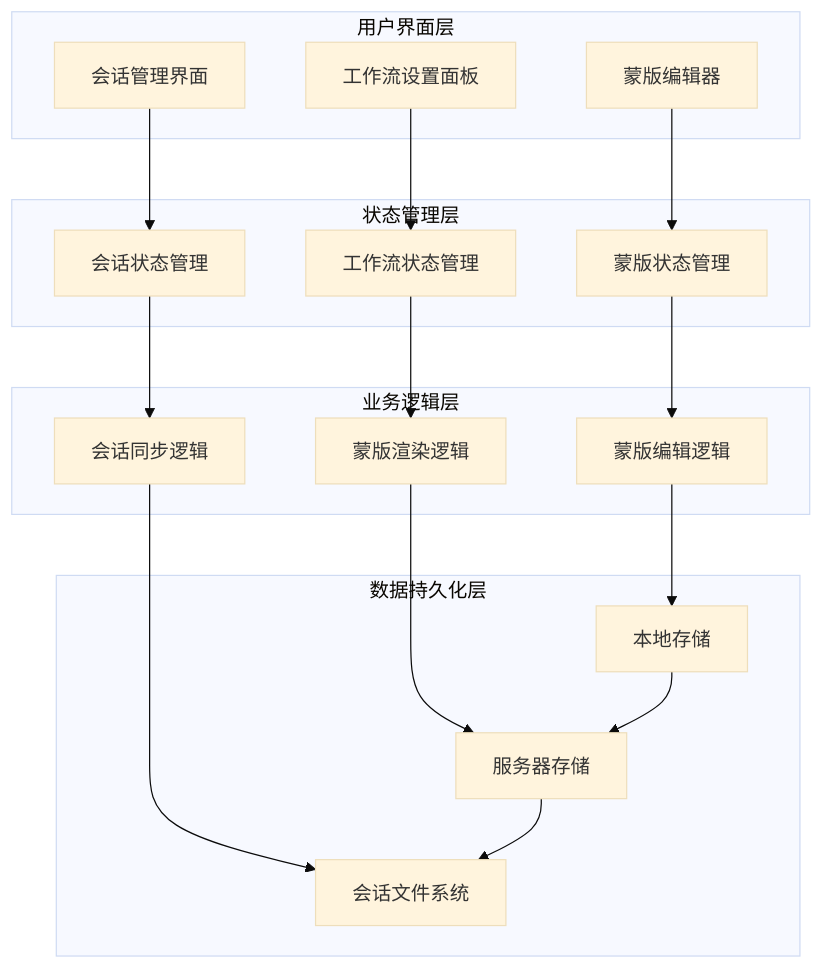
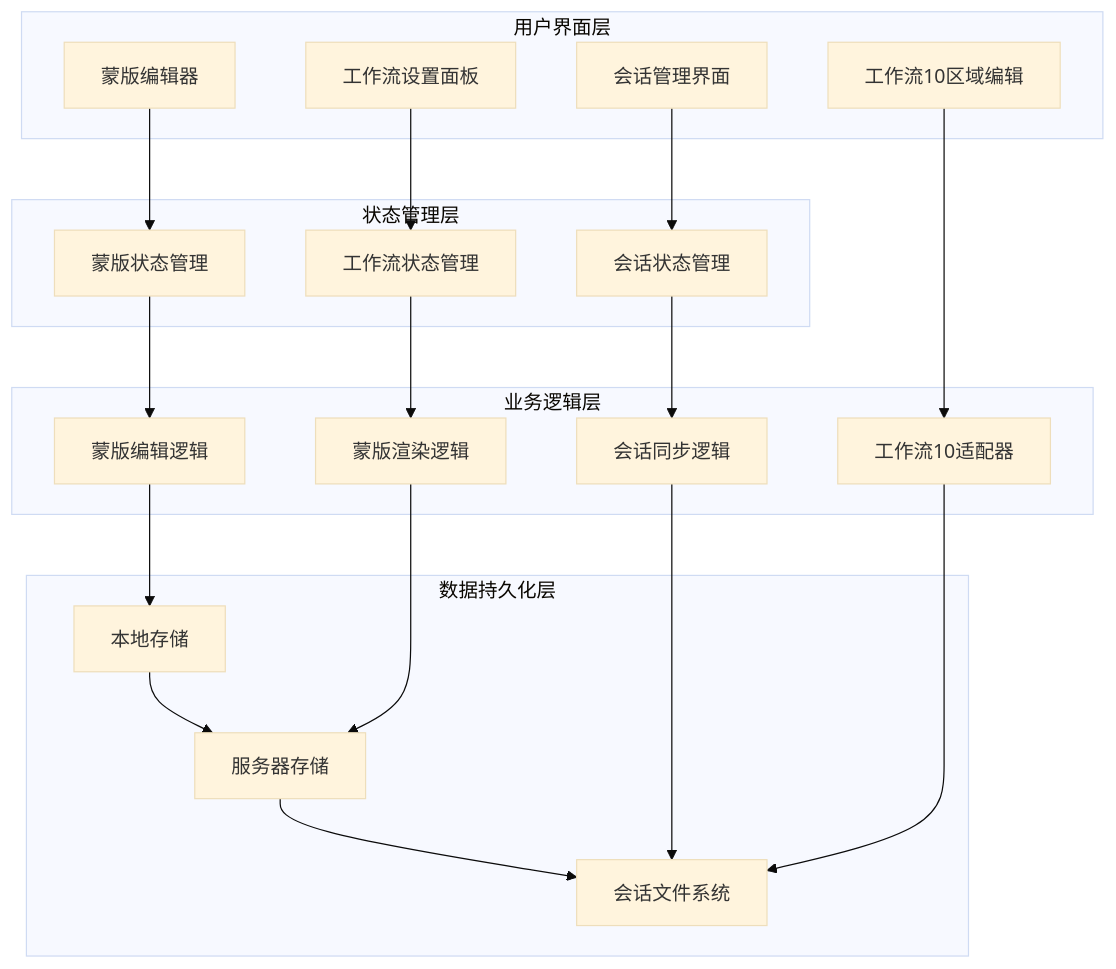
The fourth of 12 diagrams in .qoder/repowiki/zh/content/用户界面组件/专业功能组件/蒙版编辑系统/蒙版配置管理系统.md (billye220670/CorineKit_Pix2Real), drawn with Mermaid (base theme) before and after one commit. The commit also changed other lines of this file and 21 other files, not shown here.

````diff
--- a/.qoder/repowiki/zh/content/用户界面组件/专业功能组件/蒙版编辑系统/蒙版配置管理系统.md
+++ b/.qoder/repowiki/zh/content/用户界面组件/专业功能组件/蒙版编辑系统/蒙版配置管理系统.md
@@ -159,34 +177,38 @@
 ```mermaid
 graph TB
 subgraph "用户界面层"
 A[蒙版编辑器]
 B[工作流设置面板]
 C[会话管理界面]
+D[工作流10区域编辑]
 end
 subgraph "状态管理层"
-D[蒙版状态管理]
-E[工作流状态管理]
-F[会话状态管理]
+E[蒙版状态管理]
+F[工作流状态管理]
+G[会话状态管理]
 end
 subgraph "业务逻辑层"
-G[蒙版编辑逻辑]
-H[蒙版渲染逻辑]
-I[会话同步逻辑]
+H[蒙版编辑逻辑]
+I[蒙版渲染逻辑]
+J[会话同步逻辑]
+K[工作流10适配器]
 end
 subgraph "数据持久化层"
-J[本地存储]
-K[服务器存储]
-L[会话文件系统]
+L[本地存储]
+M[服务器存储]
+N[会话文件系统]
 end
-A --> D
-B --> E
-C --> F
-D --> G
+A --> E
+B --> F
+C --> G
+D --> K
 E --> H
 F --> I
 G --> J
-H --> K
-I --> L
-J --> K
-K --> L
+H --> L
+I --> M
+J --> N
+K --> N
+L --> M
+M --> N
 ```
````
